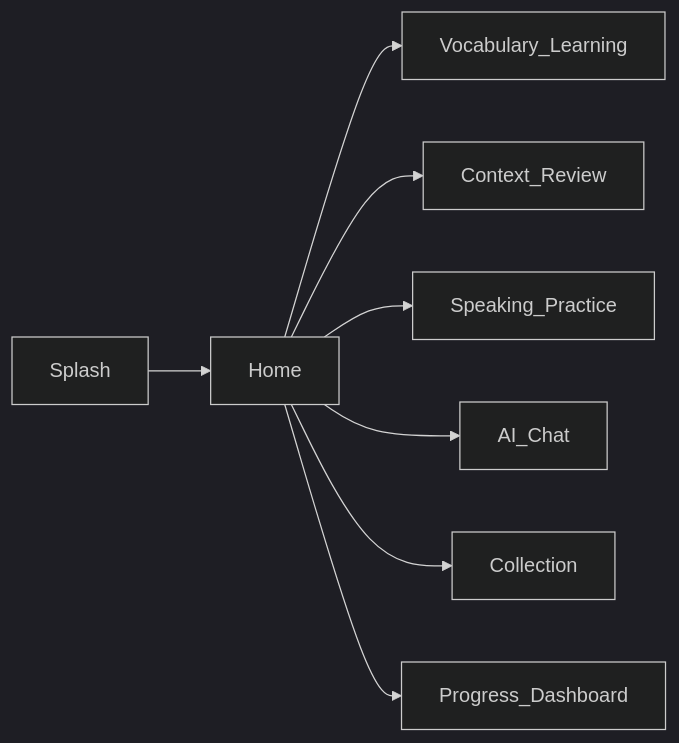
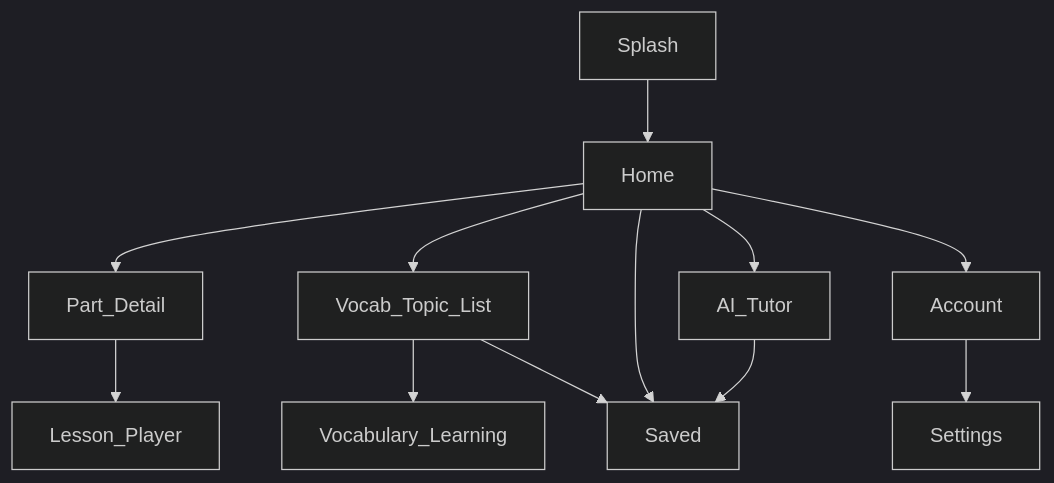
Before and after one commit to PhiLongcode/leaning_with_bee: the first of 2 diagrams in docs/02_system_design/sys_design_ux_ui.md, drawn with Mermaid (dark theme). The commit also changed other lines of this file and 189 other files, not shown here.

````diff
--- a/docs/02_system_design/sys_design_ux_ui.md
+++ b/docs/02_system_design/sys_design_ux_ui.md
@@ -139,10 +305,14 @@
 ```mermaid
-flowchart LR
+flowchart TB
   Splash --> Home
-  Home --> VocabLearn[Vocabulary_Learning]
-  Home --> ContextReview[Context_Review]
-  Home --> Speaking[Speaking_Practice]
-  Home --> AIChat[AI_Chat]
-  Home --> Collection
-  Home --> Dashboard[Progress_Dashboard]
+  Home --> PartDetail[Part_Detail]
+  Home --> VocabTopic[Vocab_Topic_List]
+  PartDetail --> Lesson[Lesson_Player]
+  VocabTopic --> VocabLearn[Vocabulary_Learning]
+  Home --> Saved
+  Home --> Tutor[AI_Tutor]
+  Home --> Account
+  Account --> Settings
+  VocabTopic --> Saved
+  Tutor --> Saved
 ```
````
